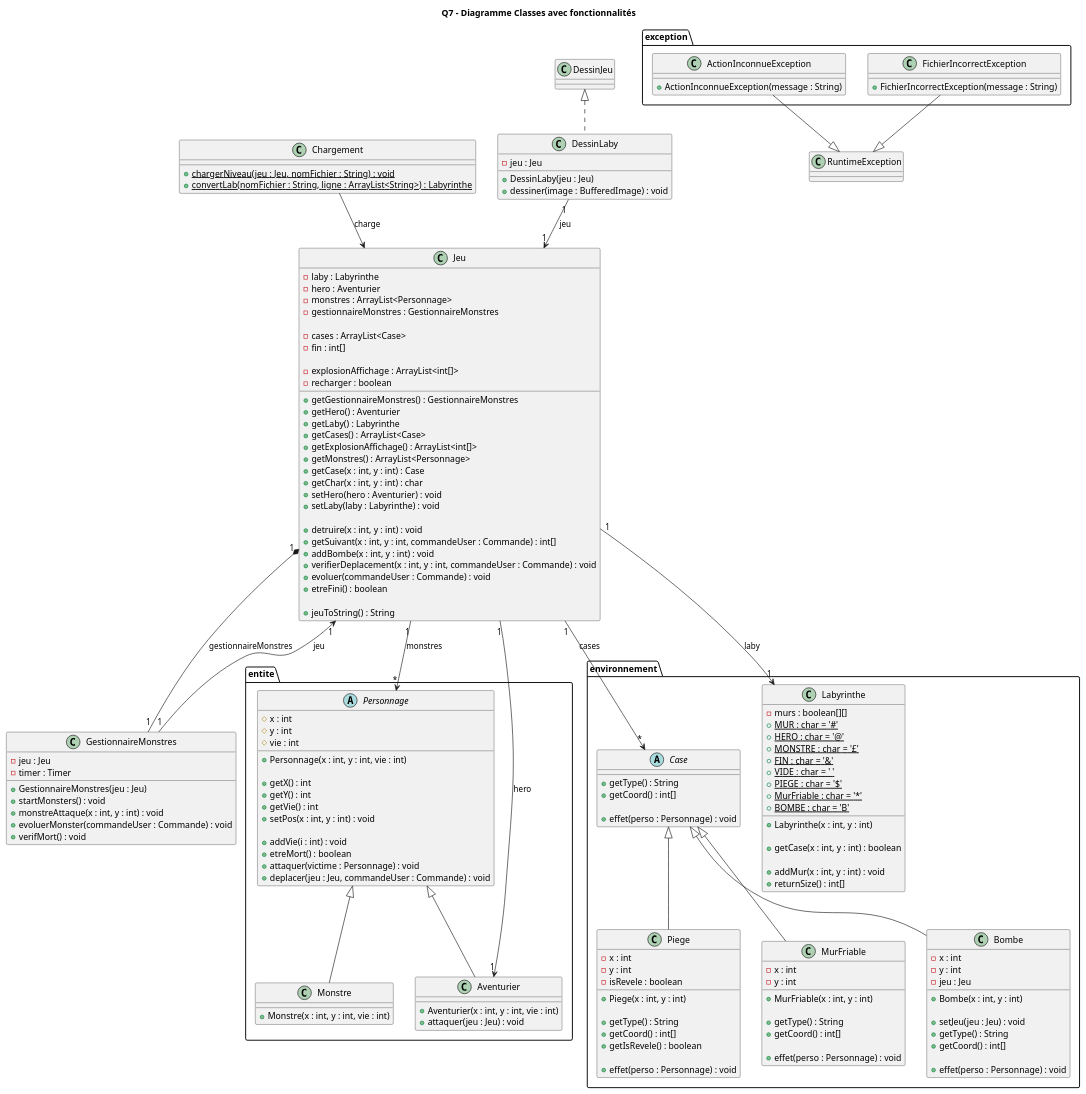
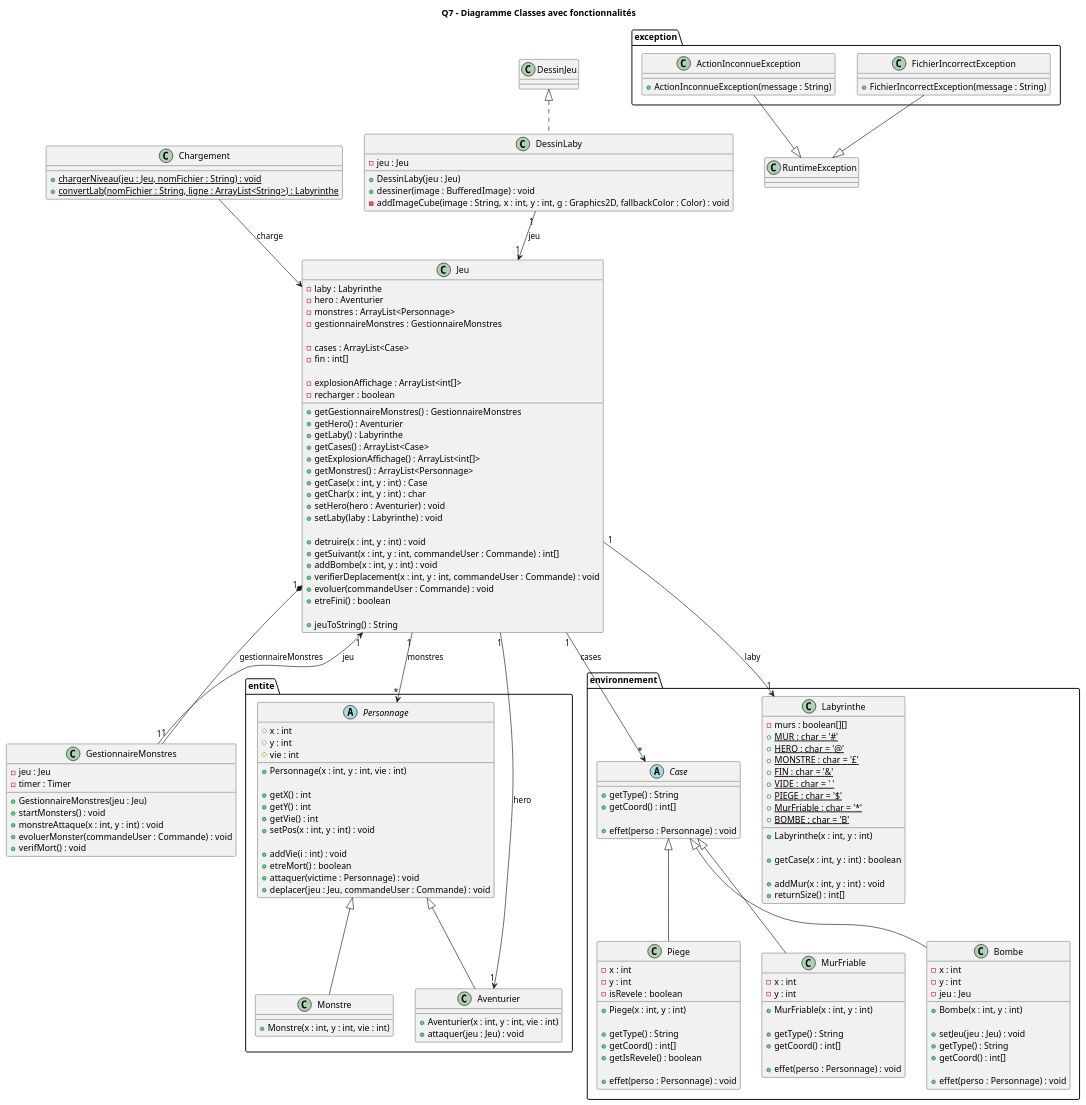
Before and after one commit to lucas-martinati-pro/SAE_S2.01_Zeldiablo-LucasM_JeanLM_PierreGSV: the diagram in documents/version_2/Q7 - Diagramme Classes avec fonctionnalités.puml, drawn with PlantUML. The commit also changed 6 other files, not shown here.

```diff
--- a/documents/version_2/Q7 - Diagramme Classes avec fonctionnalités.puml
+++ b/documents/version_2/Q7 - Diagramme Classes avec fonctionnalités.puml
@@ -1,194 +1,195 @@
 @startuml
 title Q7 - Diagramme Classes avec fonctionnalités
 
 class "Jeu" {
     - laby : Labyrinthe
     - hero : Aventurier
     - monstres : ArrayList<Personnage>
     - gestionnaireMonstres : GestionnaireMonstres
 
     - cases : ArrayList<Case>
     - fin : int[]
 
     - explosionAffichage : ArrayList<int[]>
     - recharger : boolean
 
     + getGestionnaireMonstres() : GestionnaireMonstres
     + getHero() : Aventurier
     + getLaby() : Labyrinthe
     + getCases() : ArrayList<Case>
     + getExplosionAffichage() : ArrayList<int[]>
     + getMonstres() : ArrayList<Personnage>
     + getCase(x : int, y : int) : Case
     + getChar(x : int, y : int) : char
     + setHero(hero : Aventurier) : void
     + setLaby(laby : Labyrinthe) : void
 
     + detruire(x : int, y : int) : void
     + getSuivant(x : int, y : int, commandeUser : Commande) : int[]
     + addBombe(x : int, y : int) : void
     + verifierDeplacement(x : int, y : int, commandeUser : Commande) : void
     + evoluer(commandeUser : Commande) : void
     + etreFini() : boolean
 
     + jeuToString() : String
 }
 
 class GestionnaireMonstres {
     - jeu : Jeu
     - timer : Timer
 
     + GestionnaireMonstres(jeu : Jeu)
     + startMonsters() : void
     + monstreAttaque(x : int, y : int) : void
     + evoluerMonster(commandeUser : Commande) : void
     + verifMort() : void
 }
 
 class Chargement {
     + {static} chargerNiveau(jeu : Jeu, nomFichier : String) : void
     + {static} convertLab(nomFichier : String, ligne : ArrayList<String>) : Labyrinthe
 }
 
 class DessinLaby {
     - jeu : Jeu
 
     + DessinLaby(jeu : Jeu)
     + dessiner(image : BufferedImage) : void
+    - addImageCube(image : String, x : int, y : int, g : Graphics2D, fallbackColor : Color) : void
 }
 
 package "entite" {
     abstract class Personnage {
         # x : int
         # y : int
         # vie : int
 
         + Personnage(x : int, y : int, vie : int)
 
         + getX() : int
         + getY() : int
         + getVie() : int
         + setPos(x : int, y : int) : void
 
         + addVie(i : int) : void
         + etreMort() : boolean
         + attaquer(victime : Personnage) : void
         + deplacer(jeu : Jeu, commandeUser : Commande) : void
     }
 
     class Aventurier {
         + Aventurier(x : int, y : int, vie : int)
         + attaquer(jeu : Jeu) : void
     }
 
     class Monstre {
         + Monstre(x : int, y : int, vie : int)
     }
 }
 
 package "environnement" {
 
     abstract class Case {
         + getType() : String
         + getCoord() : int[]
 
         + effet(perso : Personnage) : void
     }
 
     class Labyrinthe {
         - murs : boolean[][]
         + {static} MUR : char = '#'
         + {static} HERO : char = '@'
         + {static} MONSTRE : char = '£'
         + {static} FIN : char = '&'
         + {static} VIDE : char = ' '
         + {static} PIEGE : char = '$'
         + {static} MurFriable : char = '*'
         + {static} BOMBE : char = 'B'
 
         + Labyrinthe(x : int, y : int)
 
         + getCase(x : int, y : int) : boolean
 
         + addMur(x : int, y : int) : void
         + returnSize() : int[]
     }
 
     class Piege {
         - x : int
         - y : int
         - isRevele : boolean
 
         + Piege(x : int, y : int)
 
         + getType() : String
         + getCoord() : int[]
         + getIsRevele() : boolean
 
         + effet(perso : Personnage) : void
     }
 
     class MurFriable {
         - x : int
         - y : int
 
         + MurFriable(x : int, y : int)
 
         + getType() : String
         + getCoord() : int[]
 
         + effet(perso : Personnage) : void
     }
 
     class Bombe {
         - x : int
         - y : int
         - jeu : Jeu
 
         + Bombe(x : int, y : int)
 
         + setJeu(jeu : Jeu) : void
         + getType() : String
         + getCoord() : int[]
 
         + effet(perso : Personnage) : void
     }
 }
 
 package "exception" {
     class ActionInconnueException {
         + ActionInconnueException(message : String)
     }
 
     class FichierIncorrectException {
         + FichierIncorrectException(message : String)
     }
 }
 
 ' ========================
 ' Relations
 ' ========================
 Case <|-- Piege
 Case <|-- MurFriable
 Case <|-- Bombe
 
 Personnage <|-- Aventurier
 Personnage <|-- Monstre
 
 ActionInconnueException --|> RuntimeException
 FichierIncorrectException --|> RuntimeException
 
 DessinJeu <|.. DessinLaby
 
 Jeu "1" --> "1" Labyrinthe : laby
 Jeu "1" --> "1" Aventurier : hero
 Jeu "1" *-- "1" GestionnaireMonstres : gestionnaireMonstres
 Jeu "1" --> "*" Personnage : monstres
 Jeu "1" --> "*" Case : cases
 
 GestionnaireMonstres "1" --> "1" Jeu : jeu
 Chargement --> Jeu : charge
 
 DessinLaby "1" --> "1" Jeu : jeu
 
 @enduml
```
